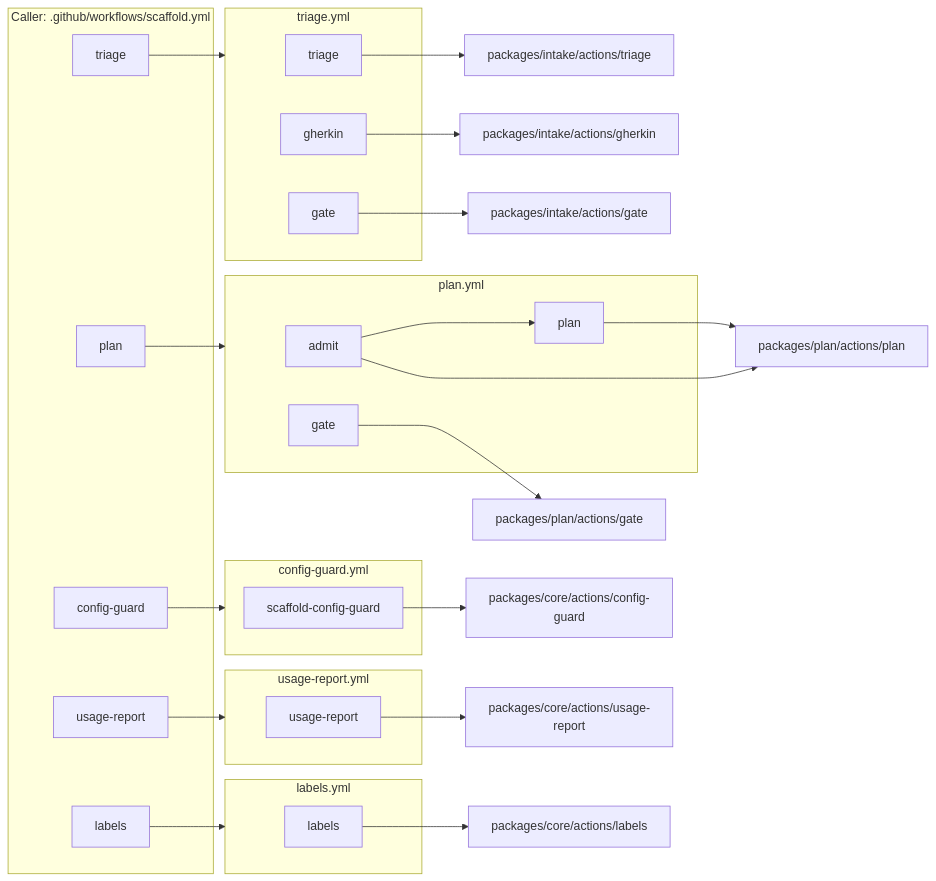
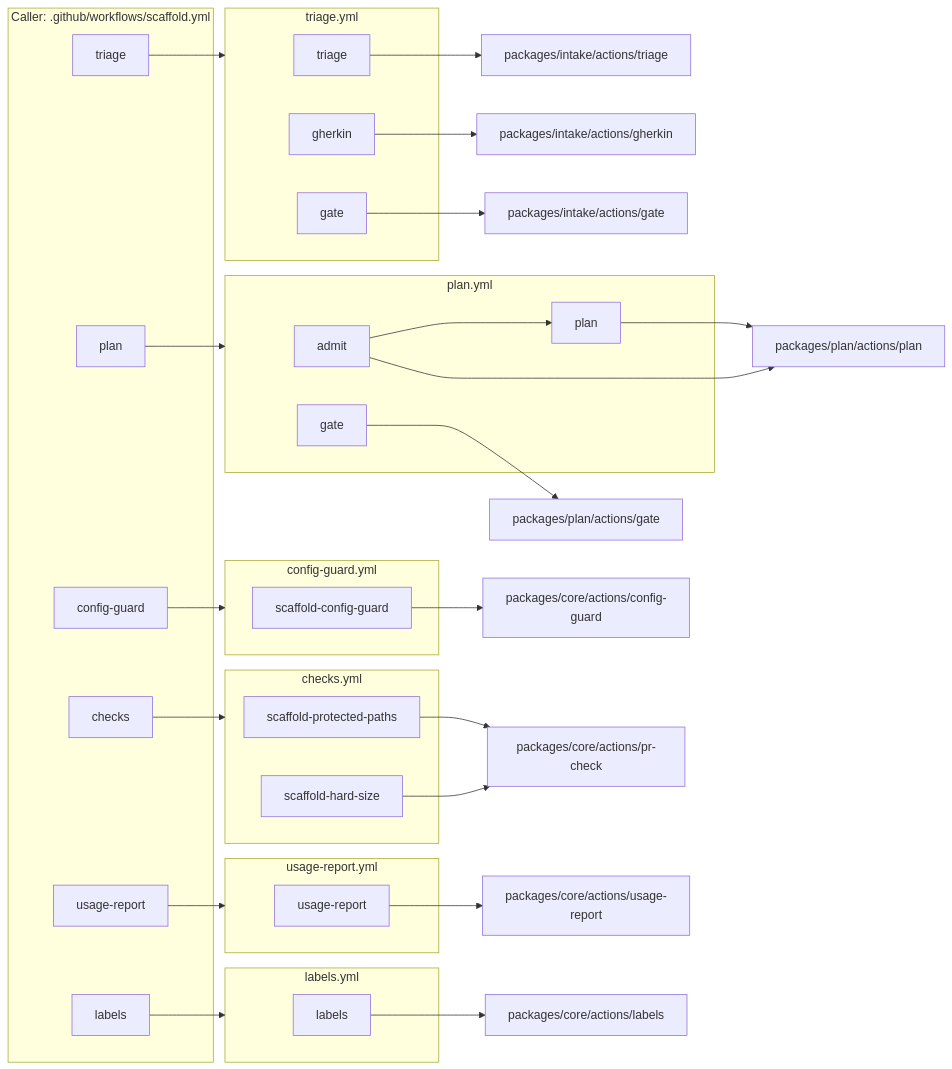
One commit to JackWP1/scaffold changed the second of 2 diagrams in docs/diagrams/architecture.md. Above: the diagram before and after it, drawn with Mermaid. The commit also changed 11 other files, not shown here.

First line of the commit message:
Slice 3: core baseline PR checks: protected paths and hard size limit

````diff
--- a/docs/diagrams/architecture.md
+++ b/docs/diagrams/architecture.md
@@ -88,44 +88,52 @@
 ```mermaid
 flowchart LR
   subgraph caller["Caller: .github/workflows/scaffold.yml"]
     c_triage["triage"]
     c_plan["plan"]
     c_config_guard["config-guard"]
+    c_checks["checks"]
     c_usage_report["usage-report"]
     c_labels["labels"]
+  end
+  subgraph w_checks_yml["checks.yml"]
+    w_checks_yml_scaffold_protected_paths["scaffold-protected-paths"]
+    w_checks_yml_scaffold_hard_size["scaffold-hard-size"]
   end
   subgraph w_config_guard_yml["config-guard.yml"]
     w_config_guard_yml_scaffold_config_guard["scaffold-config-guard"]
   end
   subgraph w_labels_yml["labels.yml"]
     w_labels_yml_labels["labels"]
   end
   subgraph w_plan_yml["plan.yml"]
     w_plan_yml_admit["admit"]
     w_plan_yml_plan["plan"]
     w_plan_yml_admit --> w_plan_yml_plan
     w_plan_yml_gate["gate"]
   end
   subgraph w_triage_yml["triage.yml"]
     w_triage_yml_triage["triage"]
     w_triage_yml_gherkin["gherkin"]
     w_triage_yml_gate["gate"]
   end
   subgraph w_usage_report_yml["usage-report.yml"]
     w_usage_report_yml_usage_report["usage-report"]
   end
   c_triage --> w_triage_yml
   c_plan --> w_plan_yml
   c_config_guard --> w_config_guard_yml
+  c_checks --> w_checks_yml
   c_usage_report --> w_usage_report_yml
   c_labels --> w_labels_yml
+  w_checks_yml_scaffold_protected_paths --> a_packages_core_actions_pr_check["packages/core/actions/pr-check"]
+  w_checks_yml_scaffold_hard_size --> a_packages_core_actions_pr_check["packages/core/actions/pr-check"]
   w_config_guard_yml_scaffold_config_guard --> a_packages_core_actions_config_guard["packages/core/actions/config-guard"]
   w_labels_yml_labels --> a_packages_core_actions_labels["packages/core/actions/labels"]
   w_plan_yml_admit --> a_packages_plan_actions_plan["packages/plan/actions/plan"]
   w_plan_yml_plan --> a_packages_plan_actions_plan["packages/plan/actions/plan"]
   w_plan_yml_gate --> a_packages_plan_actions_gate["packages/plan/actions/gate"]
   w_triage_yml_triage --> a_packages_intake_actions_triage["packages/intake/actions/triage"]
   w_triage_yml_gherkin --> a_packages_intake_actions_gherkin["packages/intake/actions/gherkin"]
   w_triage_yml_gate --> a_packages_intake_actions_gate["packages/intake/actions/gate"]
   w_usage_report_yml_usage_report --> a_packages_core_actions_usage_report["packages/core/actions/usage-report"]
 ```
````
